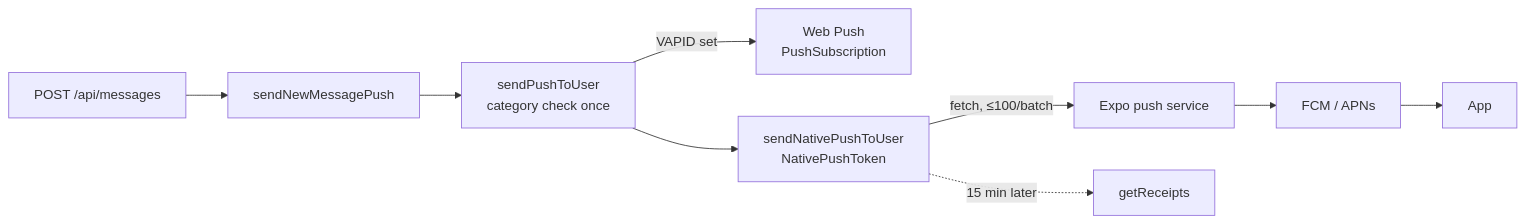
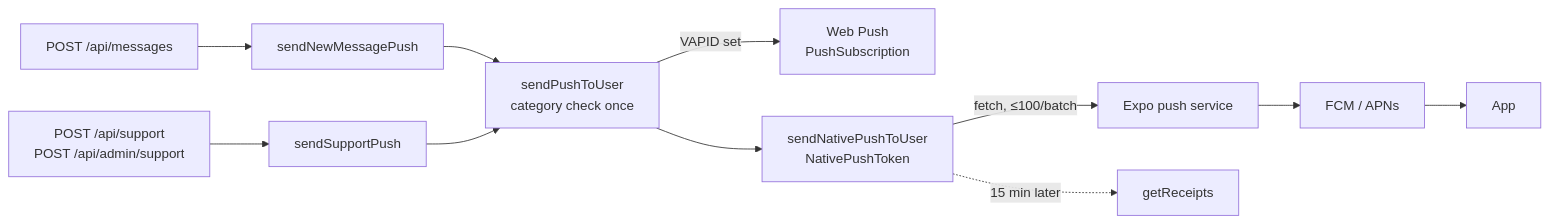
Before and after one commit to 21072026/Internship: the diagram in docs/mobile-push.md, drawn with Mermaid. The commit also changed other lines of this file and 9 other files, not shown here.

First line of the commit message:
feat(push): the support line sends push notifications (#3154)

````diff
--- a/docs/mobile-push.md
+++ b/docs/mobile-push.md
@@ -10,10 +11,12 @@
 ```mermaid
 flowchart LR
   M[POST /api/messages] --> P[sendNewMessagePush]
+  SU[POST /api/support<br/>POST /api/admin/support] --> SP[sendSupportPush]
   P --> S[sendPushToUser<br/>category check once]
+  SP --> S
   S -->|VAPID set| W[Web Push<br/>PushSubscription]
   S --> N[sendNativePushToUser<br/>NativePushToken]
   N -->|fetch, ≤100/batch| E[Expo push service]
   E --> F[FCM / APNs] --> A[App]
   N -. 15 min later .-> R[getReceipts]
 ```
````
